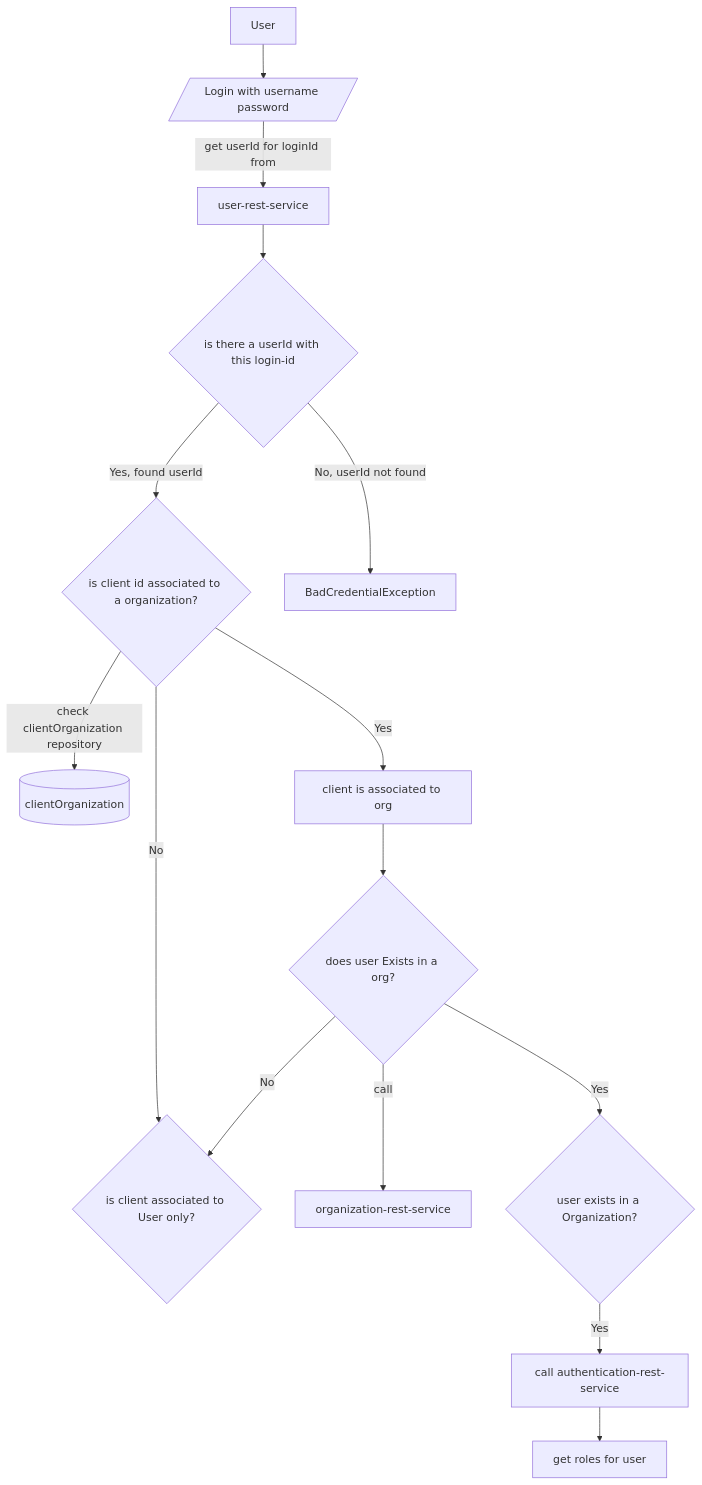
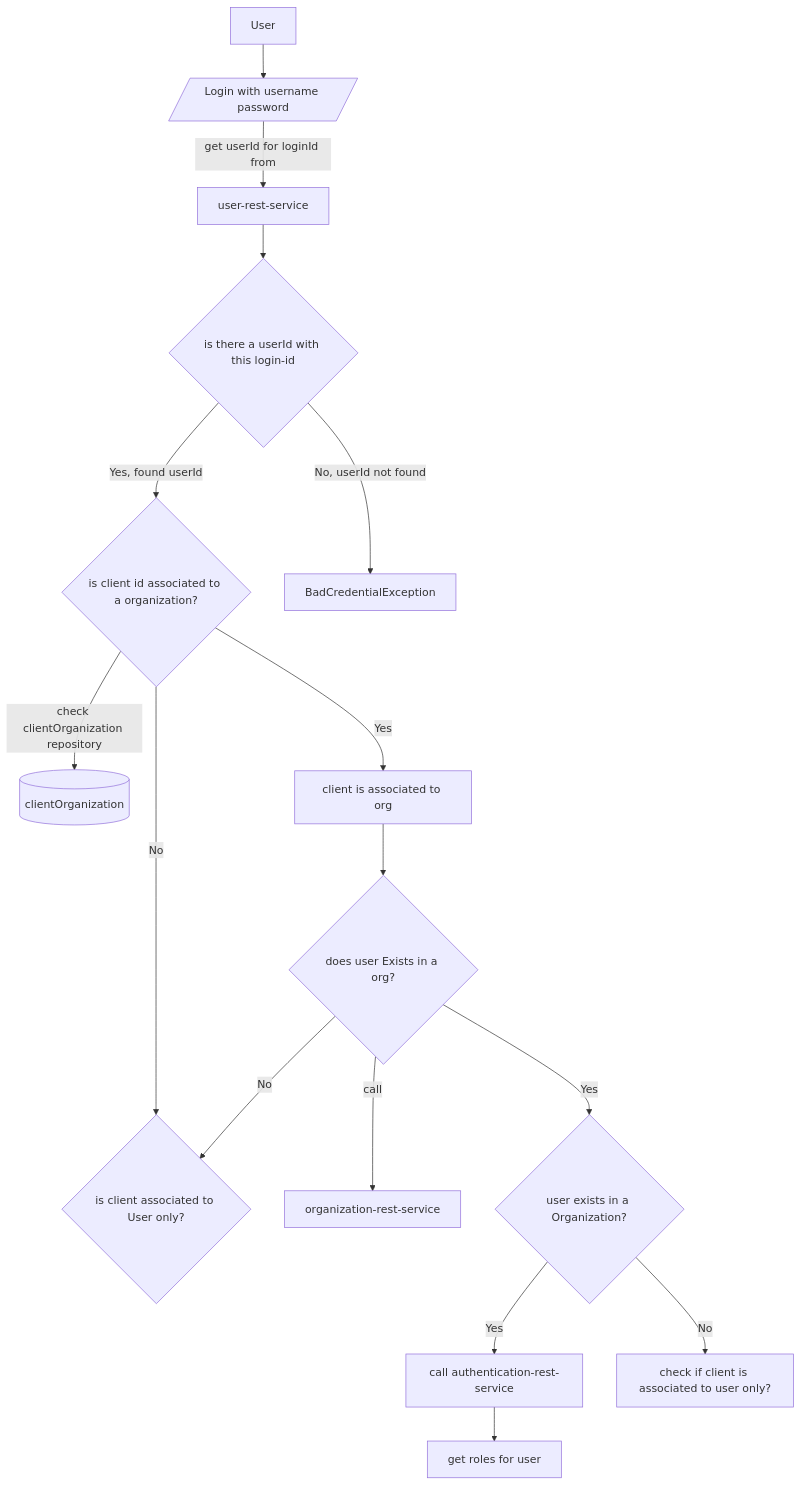
Before and after one commit to sonamsamdupkhangsar/spring-authorization-serve: the diagram in README.md, drawn with Mermaid.

````diff
--- a/README.md
+++ b/README.md
@@ -35,18 +35,19 @@
 ```mermaid
 flowchart TD
  User -->login[/Login with username password/]
  login --get userId for loginId from--> userRestService["user-rest-service"]
  userRestService --> getUserId{is there a userId with this login-id}
  getUserId -->|Yes, found userId|checkClientInOrg{is client id associated to a organization?}
  getUserId -->|No, userId not found|returnError[BadCredentialException]
  checkClientInOrg --check clientOrganization repository--> clientOrganizationRepo[(clientOrganization)]
  
  checkClientInOrg -->|Yes|clientIsInOrg[client is associated to org]
  checkClientInOrg -->|No|checkClientInUserRelationship{is client associated to User only?}
  clientIsInOrg --> checkUserExistsInOrg{does user Exists in a org?}
  checkUserExistsInOrg --call--> organizationRestService["organization-rest-service"]
  checkUserExistsInOrg -->|Yes| userExistsInOrg{user exists in a Organization?}
  checkUserExistsInOrg -->|No| checkClientInUserRelationship 
  userExistsInOrg -->|Yes| authenticate["call authentication-rest-service"]
  authenticate --> getRoles[get roles for user]
+ userExistsInOrg -->|No| checkClientUserRelationship["check if client is associated to user only?"]
 ```
````
